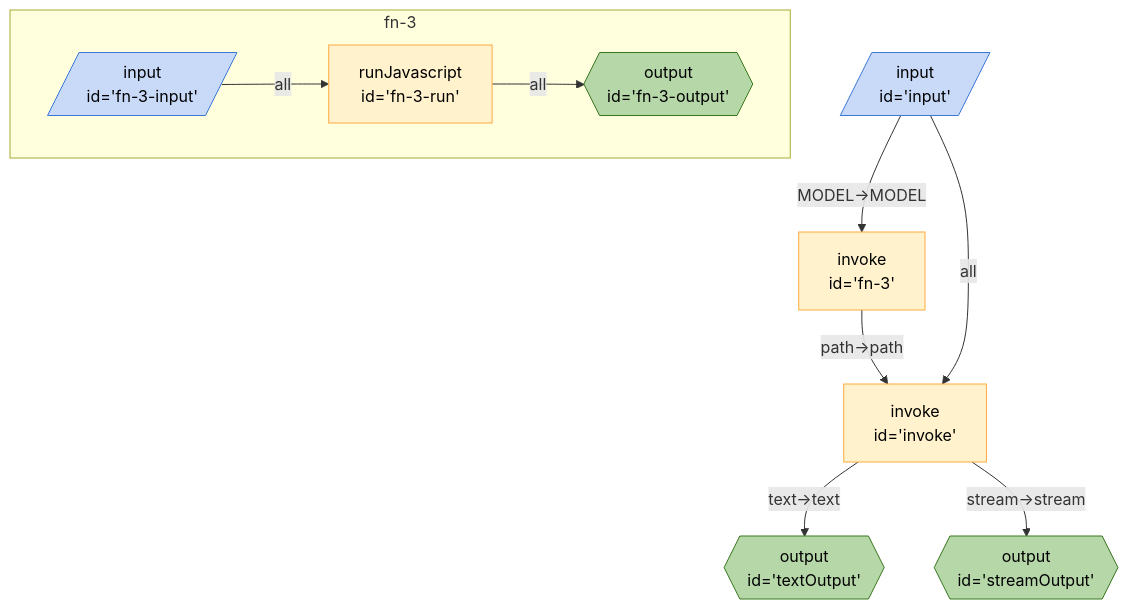
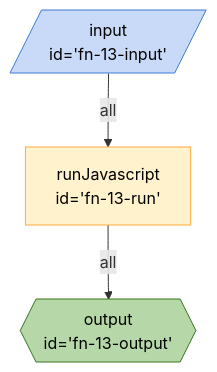
Before and after one commit to breadboard-ai/breadboard: the diagram in packages/breadboard-web/docs/graphs/text-generator.md, drawn with Mermaid. The commit also changed 43 other files, not shown here.

````diff
--- a/packages/breadboard-web/docs/graphs/text-generator.md
+++ b/packages/breadboard-web/docs/graphs/text-generator.md
@@ -3,23 +3,14 @@
 ```mermaid
 %%{init: 'themeVariables': { 'fontFamily': 'Fira Code, monospace' }}%%
 graph TD;
-invoke["invoke <br> id='invoke'"] -- "text->text" --> textOutput{{"output <br> id='textOutput'"}}:::output
-invoke["invoke <br> id='invoke'"] -- "stream->stream" --> streamOutput{{"output <br> id='streamOutput'"}}:::output
-fn3["invoke <br> id='fn-3'"] -- "path->path" --> invoke["invoke <br> id='invoke'"]
-input[/"input <br> id='input'"/]:::input -- "MODEL->MODEL" --> fn3["invoke <br> id='fn-3'"]
-input[/"input <br> id='input'"/]:::input -- all --> invoke["invoke <br> id='invoke'"]
-
-subgraph sg_fn3 [fn-3]
-fn3_fn3input[/"input <br> id='fn-3-input'"/]:::input -- all --> fn3_fn3run["runJavascript <br> id='fn-3-run'"]
-fn3_fn3run["runJavascript <br> id='fn-3-run'"] -- all --> fn3_fn3output{{"output <br> id='fn-3-output'"}}:::output
-end
-
+fn13input[/"input <br> id='fn-13-input'"/]:::input -- all --> fn13run["runJavascript <br> id='fn-13-run'"]
+fn13run["runJavascript <br> id='fn-13-run'"] -- all --> fn13output{{"output <br> id='fn-13-output'"}}:::output
 classDef default stroke:#ffab40,fill:#fff2ccff,color:#000
 classDef input stroke:#3c78d8,fill:#c9daf8ff,color:#000
 classDef output stroke:#38761d,fill:#b6d7a8ff,color:#000
 classDef passthrough stroke:#a64d79,fill:#ead1dcff,color:#000
 classDef slot stroke:#a64d79,fill:#ead1dcff,color:#000
 classDef config stroke:#a64d79,fill:#ead1dcff,color:#000
 classDef secrets stroke:#db4437,fill:#f4cccc,color:#000
 classDef slotted stroke:#a64d79
 ```
````
